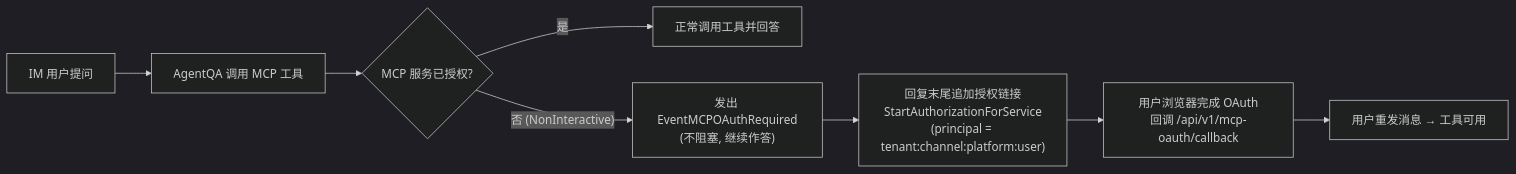
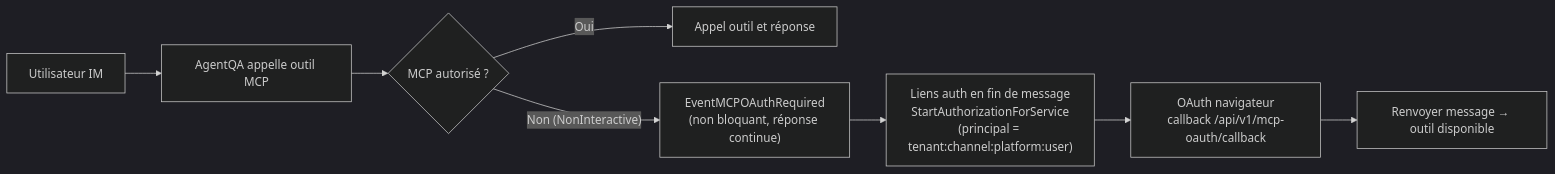
The first of 2 diagrams in website-docs/03-features/12-im-integration.md (samiriggui-code/gsms-template), drawn with Mermaid (dark theme) before and after one commit. The commit also changed other lines of this file and 301 other files, not shown here.

````diff
--- a/website-docs/03-features/12-im-integration.md
+++ b/website-docs/03-features/12-im-integration.md
@@ -87,10 +87,10 @@
 ```mermaid
 flowchart LR
-    A["IM 用户提问"] --> B["AgentQA 调用 MCP 工具"]
-    B --> C{"MCP 服务已授权?"}
-    C -- "是" --> D["正常调用工具并回答"]
-    C -- "否 (NonInteractive)" --> E["发出 EventMCPOAuthRequired<br/>(不阻塞, 继续作答)"]
-    E --> F["回复末尾追加授权链接<br/>StartAuthorizationForService<br/>(principal = tenant:channel:platform:user)"]
-    F --> G["用户浏览器完成 OAuth<br/>回调 /api/v1/mcp-oauth/callback"]
-    G --> H["用户重发消息 → 工具可用"]
+    A["Utilisateur IM"] --> B["AgentQA appelle outil MCP"]
+    B --> C{"MCP autorisé ?"}
+    C -- "Oui" --> D["Appel outil et réponse"]
+    C -- "Non (NonInteractive)" --> E["EventMCPOAuthRequired<br/>(non bloquant, réponse continue)"]
+    E --> F["Liens auth en fin de message<br/>StartAuthorizationForService<br/>(principal = tenant:channel:platform:user)"]
+    F --> G["OAuth navigateur<br/>callback /api/v1/mcp-oauth/callback"]
+    G --> H["Renvoyer message → outil disponible"]
 ```
````
